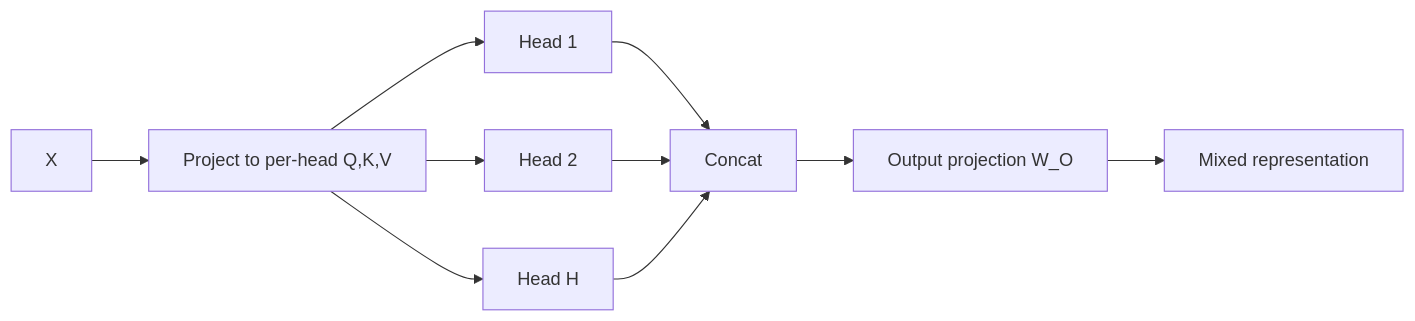
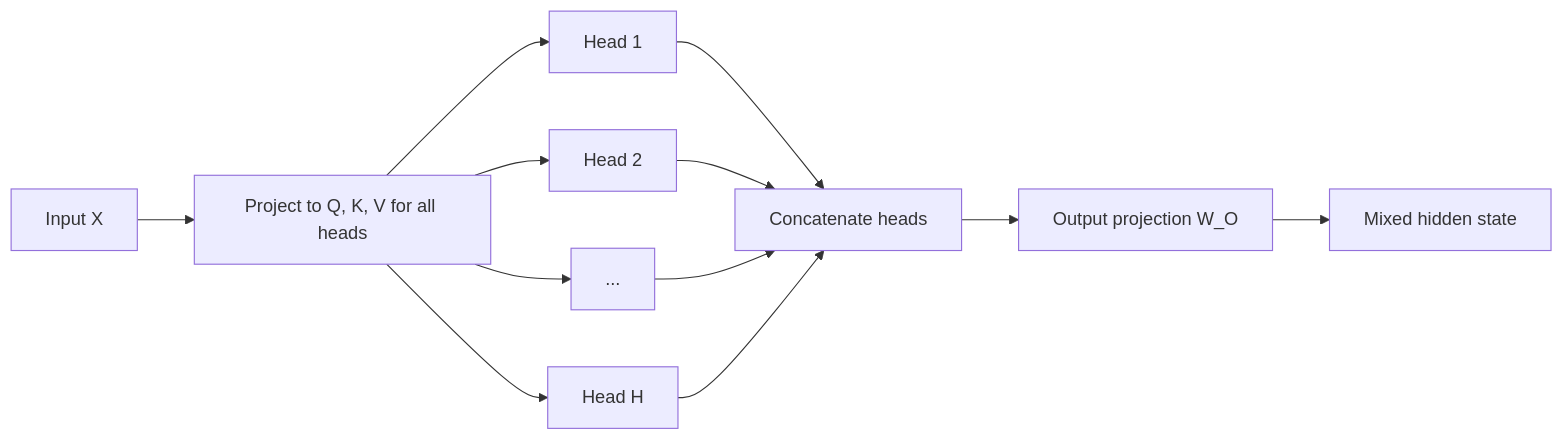
The second of 4 diagrams in llms/02_transformer_architecture.md (nawab-ali/mlsys-prep), drawn with Mermaid before and after one commit. The commit also changed other lines of this file, not shown here.

Commit message:
Refresh Transformer architecture module

````diff
--- a/llms/02_transformer_architecture.md
+++ b/llms/02_transformer_architecture.md
@@ -276,12 +956,14 @@
 ```mermaid
 flowchart LR
-X["X"] --> P["Project to per-head Q,K,V"]
-P --> H1["Head 1"]
-P --> H2["Head 2"]
-P --> HH["Head H"]
-H1 --> C["Concat"]
-H2 --> C
-HH --> C
-C --> WO["Output projection W_O"]
-WO --> Y["Mixed representation"]
+    X["Input X"] --> P["Project to Q, K, V for all heads"]
+    P --> H1["Head 1"]
+    P --> H2["Head 2"]
+    P --> H3["..."]
+    P --> H4["Head H"]
+    H1 --> C["Concatenate heads"]
+    H2 --> C
+    H3 --> C
+    H4 --> C
+    C --> O["Output projection W_O"]
+    O --> Y["Mixed hidden state"]
 ```
````
